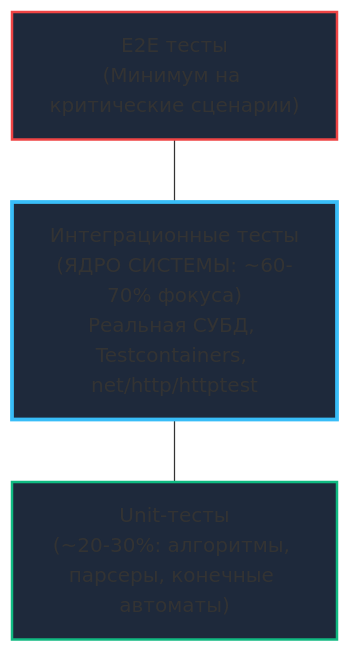
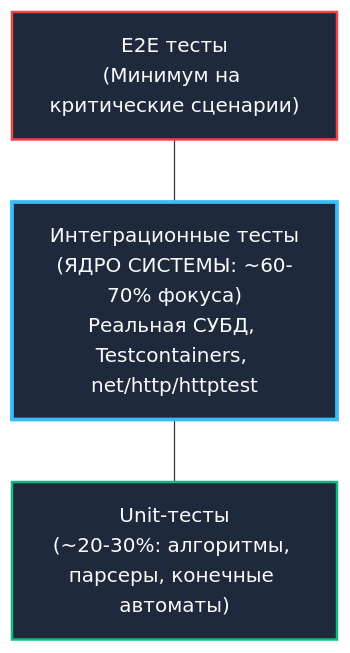
The second of 3 diagrams in sources/15. Тестирование в Go (QA & Testing)/01. Фундамент/3. Пирамида тестирования.md (UnrealTemplier/go-textbook), drawn with Mermaid before and after one commit. The commit also changed other lines of this file and 310 other files, not shown here.

First line of the commit message:
fix(mermaid): replace light fill colors with dark palette for readability on dark theme

````diff
--- a/sources/15. Тестирование в Go (QA & Testing)/01. Фундамент/3. Пирамида тестирования.md
+++ b/sources/15. Тестирование в Go (QA & Testing)/01. Фундамент/3. Пирамида тестирования.md
@@ -66,13 +66,13 @@
 ```mermaid
 flowchart TD
     E2E["E2E тесты<br>(Минимум на критические сценарии)"]
     Integ["Интеграционные тесты<br>(ЯДРО СИСТЕМЫ: ~60-70% фокуса)<br>Реальная СУБД, Testcontainers, net/http/httptest"]
     Unit["Unit-тесты<br>(~20-30%: алгоритмы, парсеры, конечные автоматы)"]
 
     E2E --- Integ
     Integ --- Unit
     
-    style Integ fill:#1e293b,stroke:#38bdf8,stroke-width:3px
-    style Unit fill:#1e293b,stroke:#10b981,stroke-width:2px
-    style E2E fill:#1e293b,stroke:#ef4444,stroke-width:2px
+    style Integ fill:#1e293b,stroke:#38bdf8,stroke-width:3px,color:#f8fafc
+    style Unit fill:#1e293b,stroke:#10b981,stroke-width:2px,color:#f8fafc
+    style E2E fill:#1e293b,stroke:#ef4444,stroke-width:2px,color:#f8fafc
 ```
````
